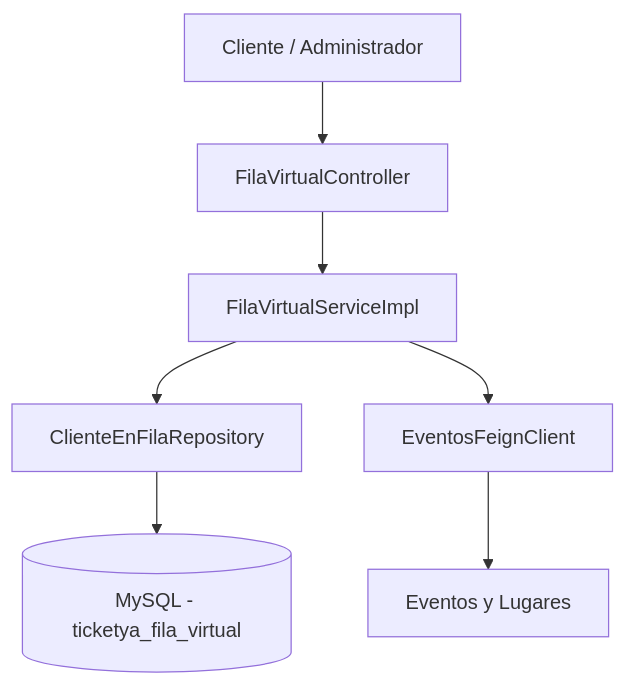
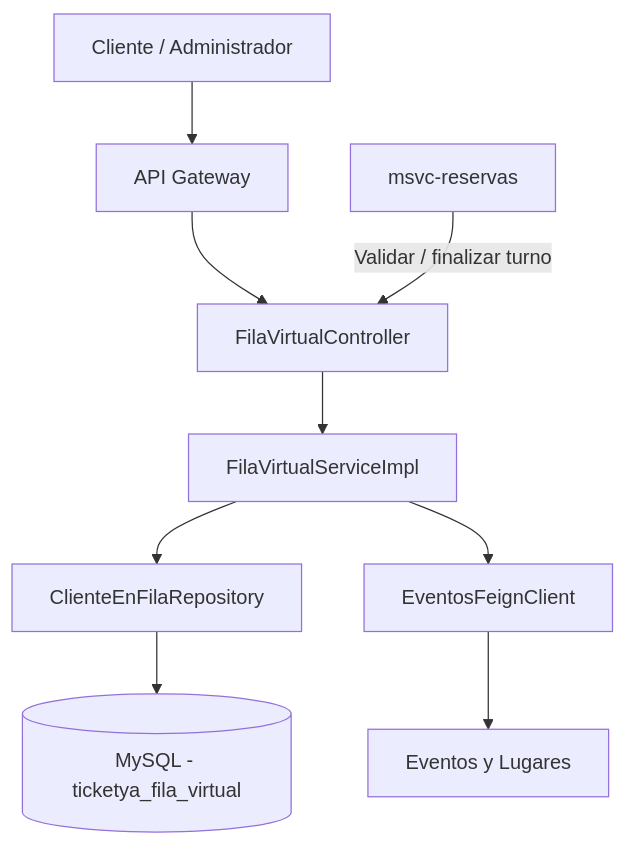
Before and after one commit to LuliDiNucci/arquitecturasGrupo12: the first of 5 diagrams in TPE-micro2/msvc-fila-virtual/docs/02-ARQUITECTURA-Y-DIAGRAMAS.md, drawn with Mermaid. The commit also changed other lines of this file and 53 other files, not shown here.

````diff
--- a/TPE-micro2/msvc-fila-virtual/docs/02-ARQUITECTURA-Y-DIAGRAMAS.md
+++ b/TPE-micro2/msvc-fila-virtual/docs/02-ARQUITECTURA-Y-DIAGRAMAS.md
@@ -55,17 +57,23 @@
 ```mermaid
 flowchart TD
     CL["Cliente / Administrador"]
+    GW["API Gateway"]
     API["FilaVirtualController"]
     SER["FilaVirtualServiceImpl"]
     REP["ClienteEnFilaRepository"]
     DB[("MySQL - ticketya_fila_virtual")]
     FEIGN["EventosFeignClient"]
     EV["Eventos y Lugares"]
+    RES["msvc-reservas"]
 
-    CL --> API
+    CL --> GW
+    GW --> API
+    RES -->|"Validar / finalizar turno"| API
+
     API --> SER
     SER --> REP
     REP --> DB
+
     SER --> FEIGN
     FEIGN --> EV
 ```
````
